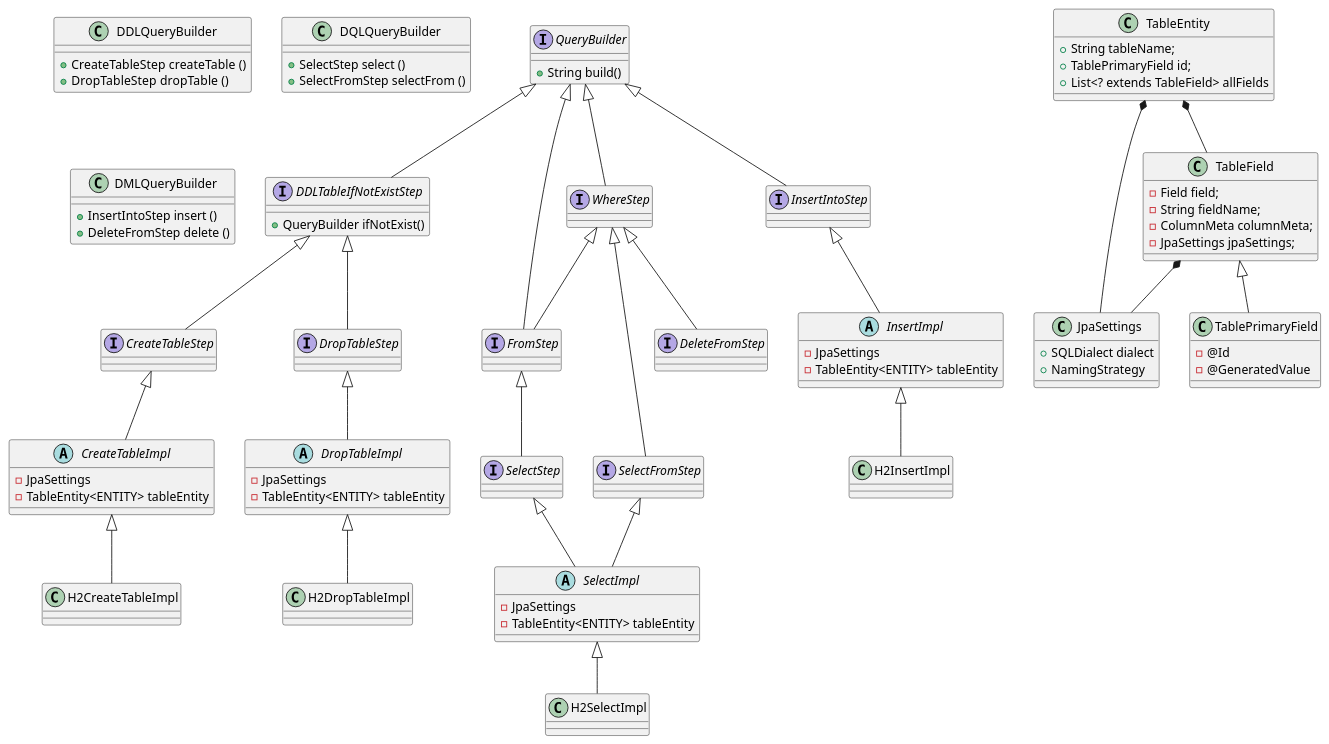
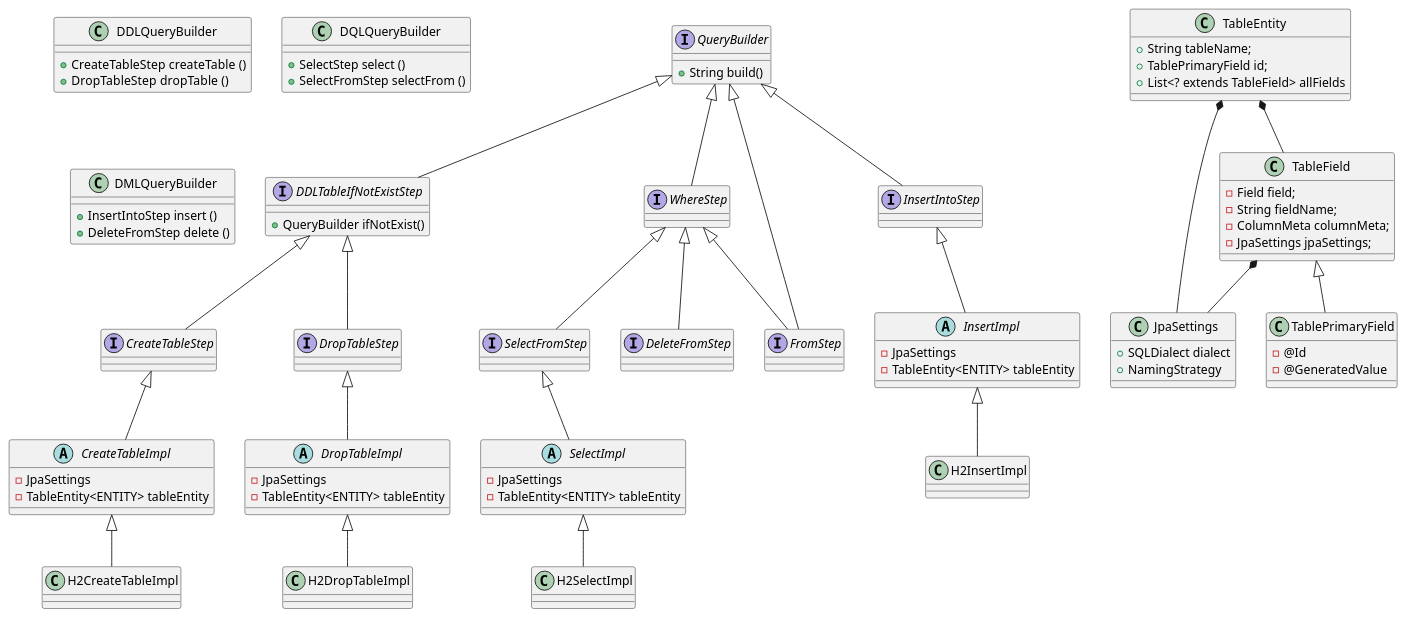
The diagram in docs/uml/step-3-class-diagram.puml (next-step/jpa-query-builder), drawn with PlantUML before and after one commit. The commit also changed 9 other files, not shown here.

```diff
--- a/docs/uml/step-3-class-diagram.puml
+++ b/docs/uml/step-3-class-diagram.puml
@@ -1,134 +1,130 @@
 @startuml
 interface QueryBuilder {
     + String build()
 }
 
 ' QueryBuilder 들
 class DDLQueryBuilder {
     + CreateTableStep createTable ()
     + DropTableStep dropTable ()
 }
 
 class DQLQueryBuilder {
     + SelectStep select ()
     + SelectFromStep selectFrom ()
 }
 
 class DMLQueryBuilder {
     + InsertIntoStep insert ()
     + DeleteFromStep delete ()
 }
 
 
 ' 이거도 그리면 좋지만 안이쁘니 숨기자...
 'DDLQueryBuilder -[hidden]..> CreateTableStep:returns
 'DDLQueryBuilder -[hidden]..> DropTableStep:returns
 
 'DMLQueryBuilder -[hidden]..> InsertIntoStep:returns
 'DMLQueryBuilder -[hidden]..> DeleteFromStep:returns
 
 ' Step 들 정의
 interface CreateTableStep extends DDLTableIfNotExistStep {
 
 }
 
 interface DropTableStep extends DDLTableIfNotExistStep {
-
-}
-
-interface SelectStep extends FromStep {
 
 }
 
 interface SelectFromStep extends WhereStep {
 
 }
 
 interface DeleteFromStep extends WhereStep {
 
 }
 
 interface FromStep extends WhereStep, QueryBuilder {
 
 }
 
 interface WhereStep extends QueryBuilder {
 
 }
 
 interface InsertIntoStep extends QueryBuilder {
 
 }
 
 interface DDLTableIfNotExistStep extends QueryBuilder {
     + QueryBuilder ifNotExist()
 }
 
 abstract class CreateTableImpl extends CreateTableStep{
     - JpaSettings
     - TableEntity<ENTITY> tableEntity
 }
 
 class H2CreateTableImpl extends CreateTableImpl {
 
 }
 
 ' DROP
 abstract class DropTableImpl extends DropTableStep {
     - JpaSettings
     - TableEntity<ENTITY> tableEntity
 }
 
 class H2DropTableImpl extends DropTableImpl {
 
 }
 
 ' INSERT
 abstract class InsertImpl extends InsertIntoStep {
     - JpaSettings
     - TableEntity<ENTITY> tableEntity
 }
 
 class H2InsertImpl extends InsertImpl {
 
 }
 
 ' SELECT
-abstract class SelectImpl extends SelectStep, SelectFromStep {
+abstract class SelectImpl extends SelectFromStep {
     - JpaSettings
     - TableEntity<ENTITY> tableEntity
 }
 
 class H2SelectImpl extends SelectImpl {
 
 }
 
 class JpaSettings {
     + SQLDialect dialect
     + NamingStrategy
 }
 
 TableEntity *--	TableField
 TableEntity *--	JpaSettings
 
 TableField *-- JpaSettings
 
 class TableEntity {
     + String tableName;
     + TablePrimaryField id;
     + List<? extends TableField> allFields
 }
 
 class TableField {
     - Field field;
     - String fieldName;
     - ColumnMeta columnMeta;
     - JpaSettings jpaSettings;
 }
 
 class TablePrimaryField extends TableField {
     - @Id
     - @GeneratedValue
 }
 
 @enduml
```
